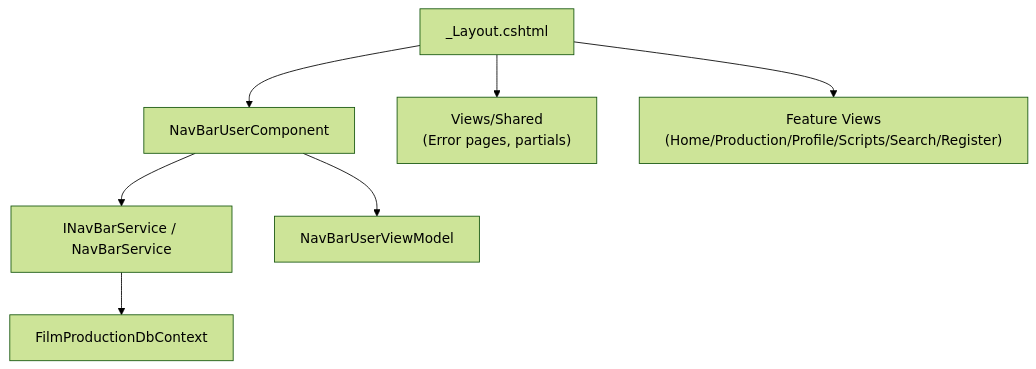
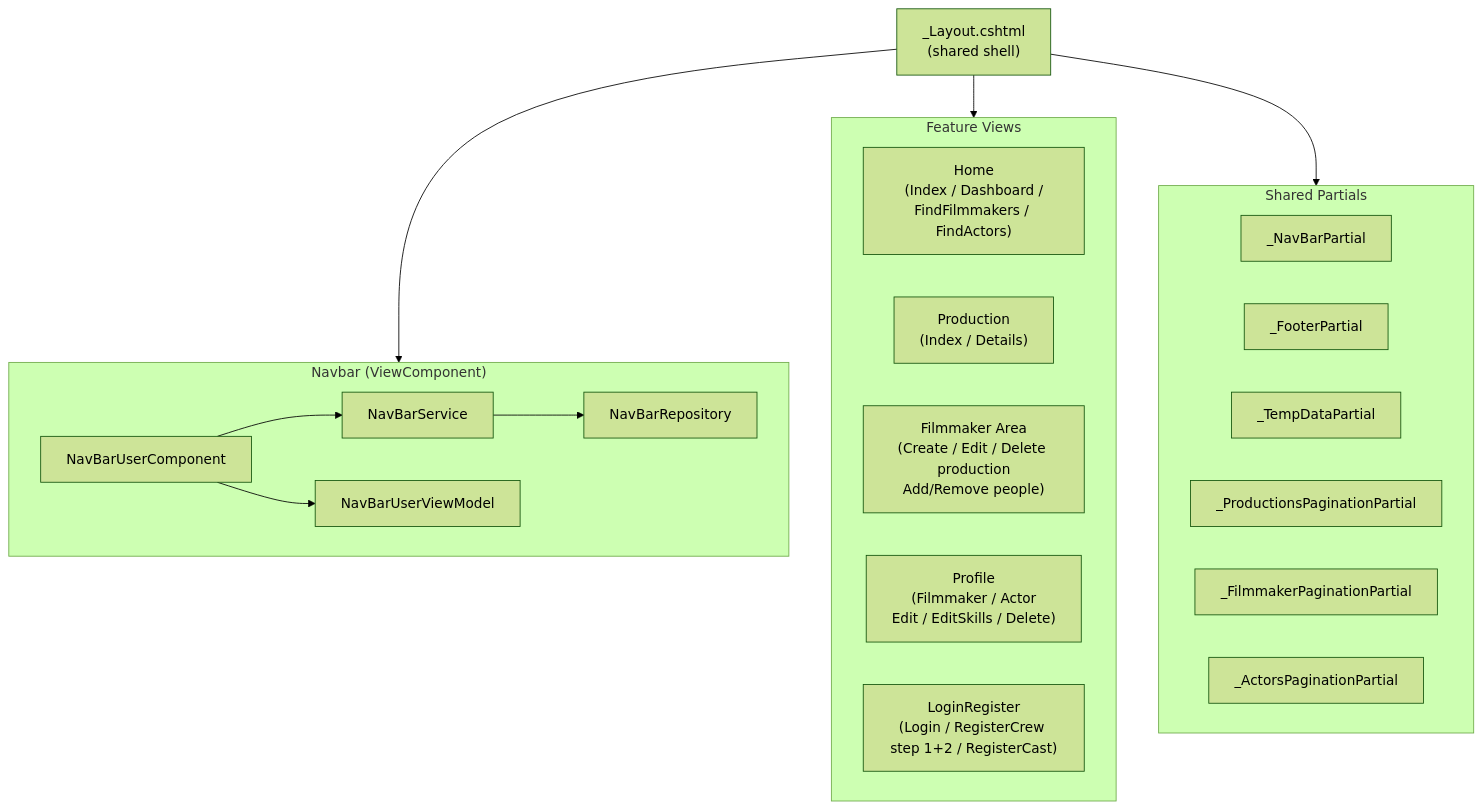
Before and after one commit to krasimirnyv/Wrap-FilmProductionManagementSystem-ASP.NET-Project: the fourth of 4 diagrams in README.md, drawn with Mermaid (forest theme). The commit also changed other lines of this file, not shown here.

````diff
--- a/README.md
+++ b/README.md
@@ -267,15 +348,35 @@
 ```mermaid
 flowchart TB
-  Layout["_Layout.cshtml"]
-  NavComp["NavBarUserComponent"]
-  NavSvc["INavBarService / NavBarService"]
-  NavVM["NavBarUserViewModel"]
-  Shared["Views/Shared<br/>(Error pages, partials)"]
-  Pages["Feature Views<br/>(Home/Production/Profile/Scripts/Search/Register)"]
-  Db["FilmProductionDbContext"]
+  Layout["_Layout.cshtml\n(shared shell)"]
 
-  Layout --> NavComp --> NavSvc --> Db
-  NavComp --> NavVM
-  Layout --> Shared
+  subgraph NavBar["Navbar (ViewComponent)"]
+    VC["NavBarUserComponent"]
+    NavSvc["NavBarService"]
+    NavRepo["NavBarRepository"]
+    NavVM["NavBarUserViewModel"]
+    VC --> NavSvc --> NavRepo
+    VC --> NavVM
+  end
+
+  subgraph Pages["Feature Views"]
+    Home["Home\n(Index / Dashboard /\nFindFilmmakers / FindActors)"]
+    Prod["Production\n(Index / Details)"]
+    FilmmakerArea["Filmmaker Area\n(Create / Edit / Delete production\nAdd/Remove people)"]
+    Profile["Profile\n(Filmmaker / Actor\nEdit / EditSkills / Delete)"]
+    Auth["LoginRegister\n(Login / RegisterCrew step 1+2 / RegisterCast)"]
+  end
+
+  subgraph Partials["Shared Partials"]
+    direction LR
+    P1["_NavBarPartial"]
+    P2["_FooterPartial"]
+    P3["_TempDataPartial"]
+    P4["_ProductionsPaginationPartial"]
+    P5["_FilmmakerPaginationPartial"]
+    P6["_ActorsPaginationPartial"]
+  end
+
+  Layout --> NavBar
   Layout --> Pages
+  Layout --> Partials
 ```
````
